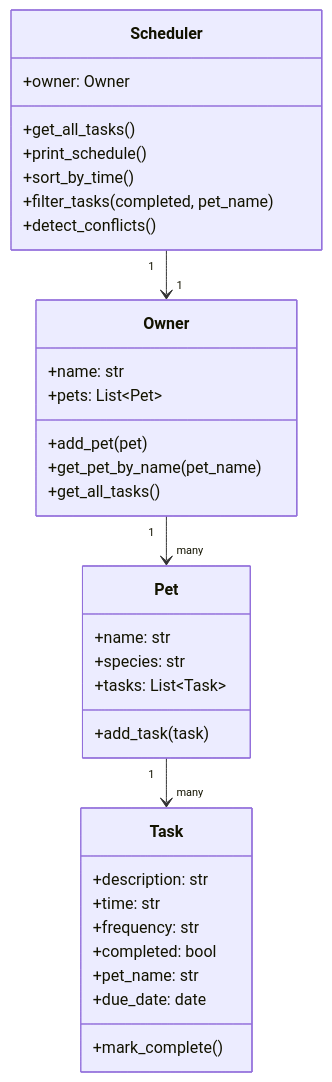
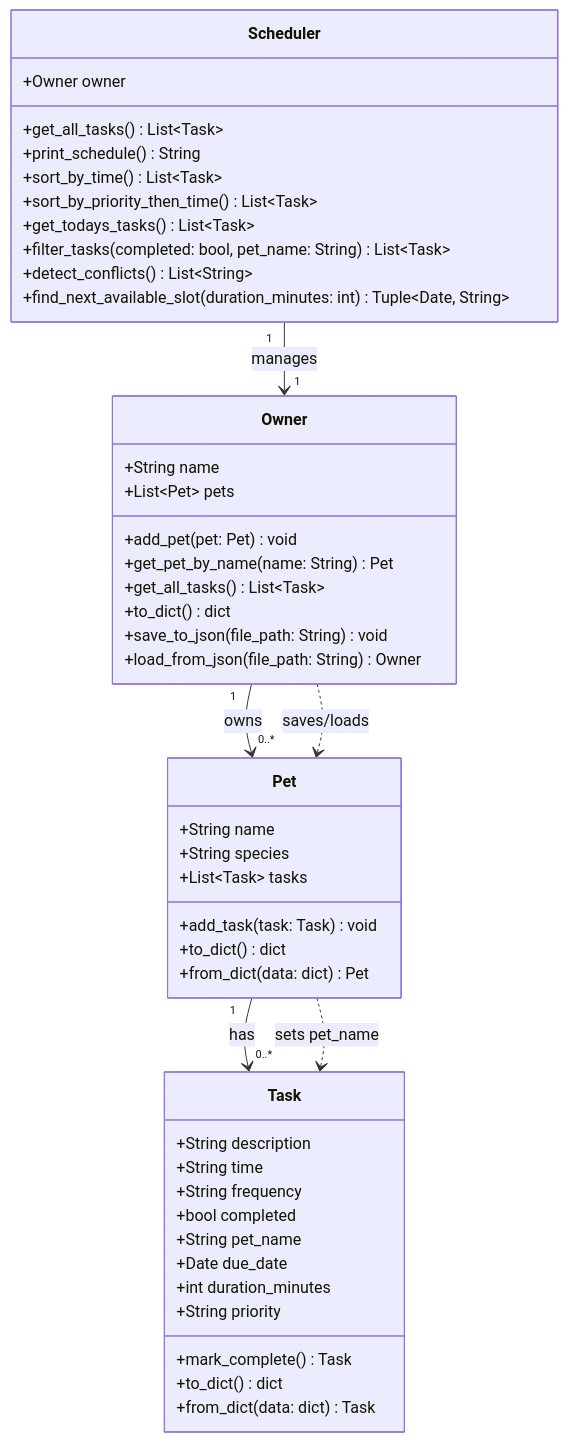
The diagram in README.md (JasmineSutton/ai110-module2show-pawpal-starter), drawn with Mermaid before and after one commit. The commit also changed other lines of this file and 10 other files, not shown here.

First line of the commit message:
Add JSON persistence, validation, and advanced scheduler

````diff
--- a/README.md
+++ b/README.md
@@ -80,40 +101,54 @@
 ```mermaid
 classDiagram
 	class Owner {
-		+name: str
-		+pets: List~Pet~
-		+add_pet(pet)
-		+get_pet_by_name(pet_name)
-		+get_all_tasks()
+		+String name
+		+List~Pet~ pets
+		+add_pet(pet: Pet) void
+		+get_pet_by_name(name: String) Pet
+		+get_all_tasks() List~Task~
+		+to_dict() dict
+		+save_to_json(file_path: String) void
+		+load_from_json(file_path: String) Owner
 	}
 
 	class Pet {
-		+name: str
-		+species: str
-		+tasks: List~Task~
-		+add_task(task)
+		+String name
+		+String species
+		+List~Task~ tasks
+		+add_task(task: Task) void
+		+to_dict() dict
+		+from_dict(data: dict) Pet
 	}
 
 	class Task {
-		+description: str
-		+time: str
-		+frequency: str
-		+completed: bool
-		+pet_name: str
-		+due_date: date
-		+mark_complete()
+		+String description
+		+String time
+		+String frequency
+		+bool completed
+		+String pet_name
+		+Date due_date
+		+int duration_minutes
+		+String priority
+		+mark_complete() Task
+		+to_dict() dict
+		+from_dict(data: dict) Task
 	}
 
 	class Scheduler {
-		+owner: Owner
-		+get_all_tasks()
-		+print_schedule()
-		+sort_by_time()
-		+filter_tasks(completed, pet_name)
-		+detect_conflicts()
+		+Owner owner
+		+get_all_tasks() List~Task~
+		+print_schedule() String
+		+sort_by_time() List~Task~
+		+sort_by_priority_then_time() List~Task~
+		+get_todays_tasks() List~Task~
+		+filter_tasks(completed: bool, pet_name: String) List~Task~
+		+detect_conflicts() List~String~
+		+find_next_available_slot(duration_minutes: int) Tuple~Date, String~
 	}
 
-	Owner "1" --> "many" Pet
-	Pet "1" --> "many" Task
-	Scheduler "1" --> "1" Owner
+	Owner "1" --> "0..*" Pet : owns
+	Pet "1" --> "0..*" Task : has
+	Pet ..> Task : sets pet_name
+	Owner ..> Pet : saves/loads
+	Scheduler "1" --> "1" Owner : manages
 ```
````
